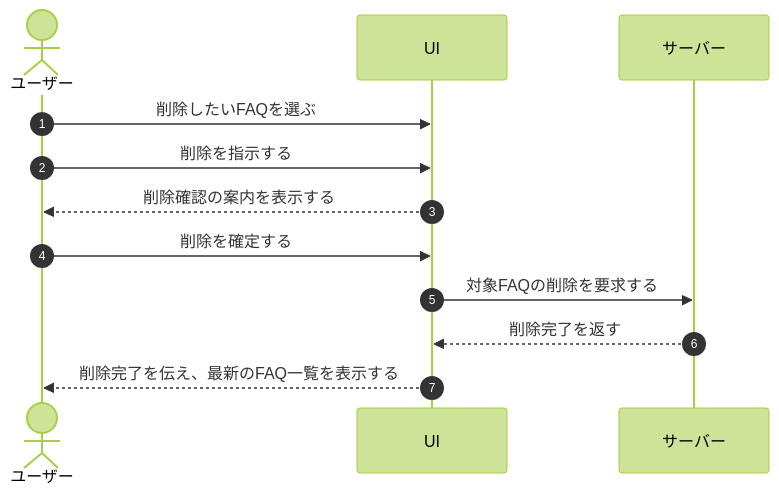
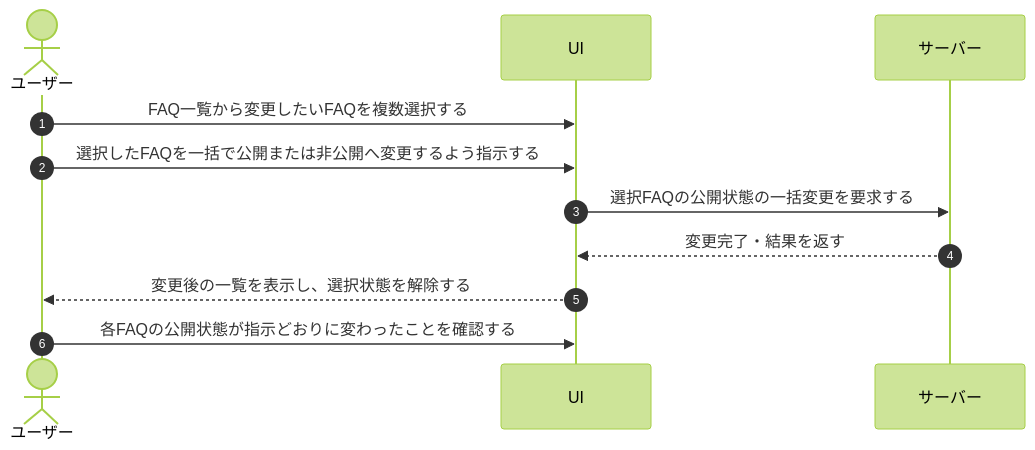
Before and after one commit to sikakou54/open-faq: the diagram in 01_requirements/04_business_usecases/UC-026.md, drawn with Mermaid (forest theme). The commit also changed other lines of this file and 395 other files, not shown here.

````diff
--- a/01_requirements/04_business_usecases/UC-026.md
+++ b/01_requirements/04_business_usecases/UC-026.md
@@ -26,15 +26,14 @@
 ```mermaid
 sequenceDiagram
   autonumber
   actor U as ユーザー
   participant UI as UI
   participant S as サーバー
 
-  U->>UI: 削除したいFAQを選ぶ
-  U->>UI: 削除を指示する
-  UI-->>U: 削除確認の案内を表示する
-  U->>UI: 削除を確定する
-  UI->>S: 対象FAQの削除を要求する
-  S-->>UI: 削除完了を返す
-  UI-->>U: 削除完了を伝え、最新のFAQ一覧を表示する
+  U->>UI: FAQ一覧から変更したいFAQを複数選択する
+  U->>UI: 選択したFAQを一括で公開または非公開へ変更するよう指示する
+  UI->>S: 選択FAQの公開状態の一括変更を要求する
+  S-->>UI: 変更完了・結果を返す
+  UI-->>U: 変更後の一覧を表示し、選択状態を解除する
+  U->>UI: 各FAQの公開状態が指示どおりに変わったことを確認する
 ```
````
